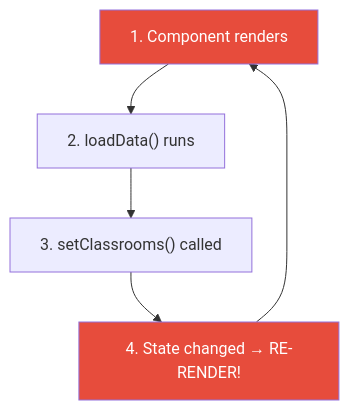
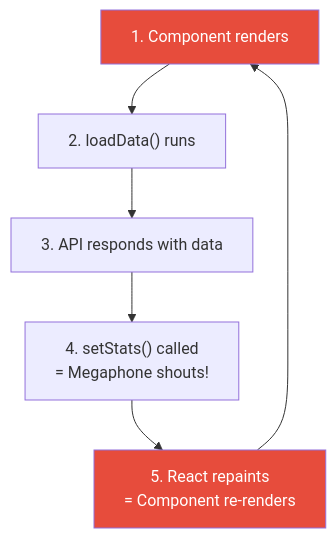
One commit to Nimsika-Bosilu/designHer_2.0-Student-Attendance-Management-System changed the seventh of 10 diagrams in frontend/README.md. Above: the diagram before and after it, drawn with Mermaid. The commit also changed other lines of this file, not shown here.

Commit message:
docs: add comprehensive frontend setup guide and API integration documentation

````diff
--- a/frontend/README.md
+++ b/frontend/README.md
@@ -410,9 +569,10 @@
 ```mermaid
 flowchart TD
     A["1. Component renders"] --> B["2. loadData() runs"]
-    B --> C["3. setClassrooms() called"]
-    C --> D["4. State changed → RE-RENDER!"]
-    D --> A
+    B --> C["3. API responds with data"]
+    C --> D["4. setStats() called\n= Megaphone shouts!"]
+    D --> E["5. React repaints\n= Component re-renders"]
+    E --> A
     style A fill:#e74c3c,color:white
-    style D fill:#e74c3c,color:white
+    style E fill:#e74c3c,color:white
 ```
````
